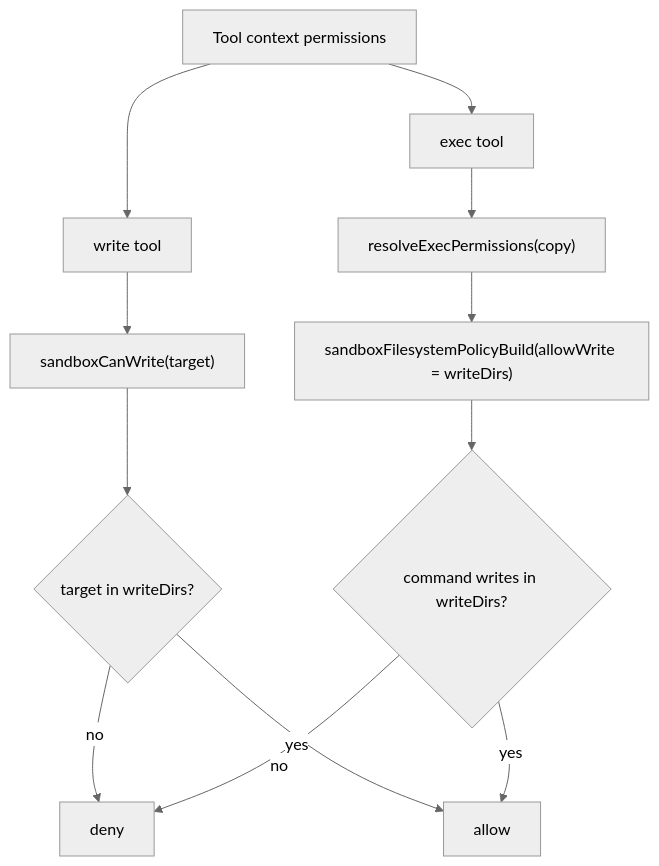
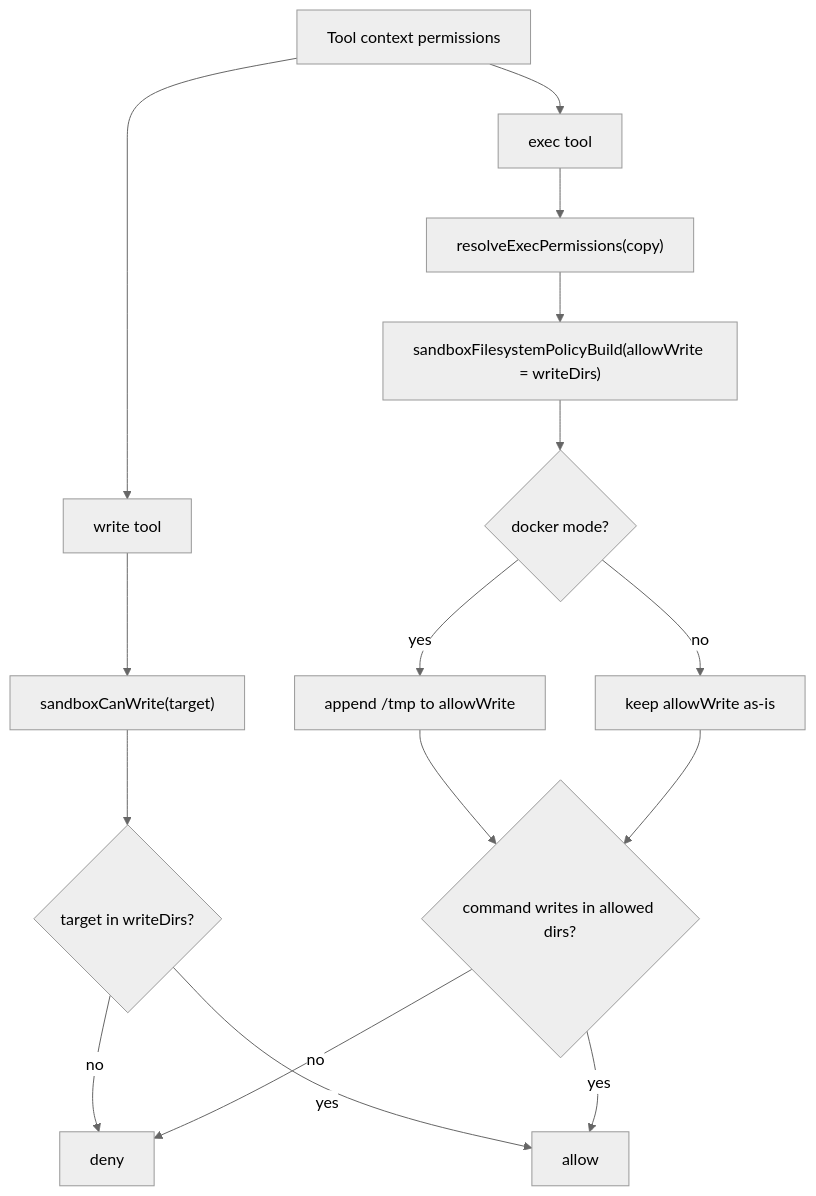
One commit to ex3ndr/daycare changed the diagram in doc/internals/exec-write-permission-parity.md. Above: the diagram before and after it, drawn with Mermaid (neutral theme). The commit also changed other lines of this file and 4 other files, not shown here.

Commit message:
fix(docker): allow /tmp writes in srt policy

````diff
--- a/doc/internals/exec-write-permission-parity.md
+++ b/doc/internals/exec-write-permission-parity.md
@@ -13,14 +14,18 @@
 ```mermaid
 flowchart TD
   A["Tool context permissions"] --> B["write tool"]
   A --> C["exec tool"]
   B --> D["sandboxCanWrite(target)"]
-  C --> E["resolveExecPermissions(copy)"]
-  E --> F["sandboxFilesystemPolicyBuild(allowWrite = writeDirs)"]
-  D --> G{"target in writeDirs?"}
-  F --> H{"command writes in writeDirs?"}
-  G -- no --> I["deny"]
-  H -- no --> I
-  G -- yes --> J["allow"]
-  H -- yes --> J
+  D --> E{"target in writeDirs?"}
+  E -- no --> L["deny"]
+  E -- yes --> M["allow"]
+  C --> F["resolveExecPermissions(copy)"]
+  F --> G["sandboxFilesystemPolicyBuild(allowWrite = writeDirs)"]
+  G --> H{"docker mode?"}
+  H -- yes --> I["append /tmp to allowWrite"]
+  H -- no --> J["keep allowWrite as-is"]
+  I --> K{"command writes in allowed dirs?"}
+  J --> K
+  K -- no --> L
+  K -- yes --> M
 ```
````
